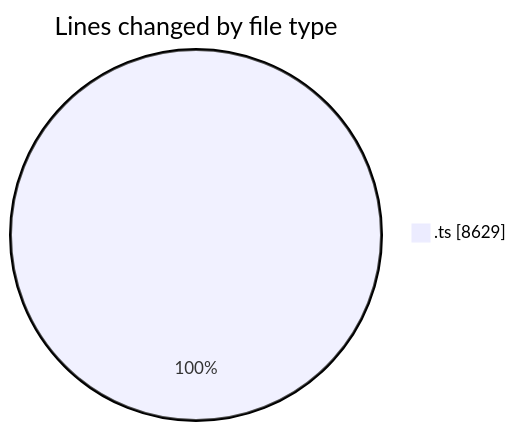
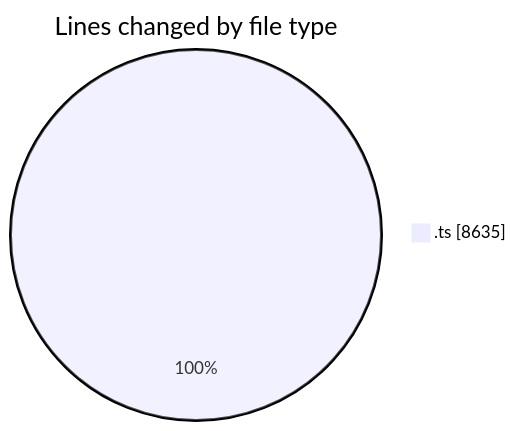
The first of 2 diagrams in 2025-10-23/cda/README.md (momahboobian/code-tracking), drawn with Mermaid before and after one commit. The commit also changed other lines of this file and 1 other file, not shown here.

````diff
--- a/2025-10-23/cda/README.md
+++ b/2025-10-23/cda/README.md
@@ -26,5 +26,5 @@
 ```mermaid
 pie showData
 title Lines changed by file type
-".ts" : 8629
+".ts" : 8635
 ```
````
